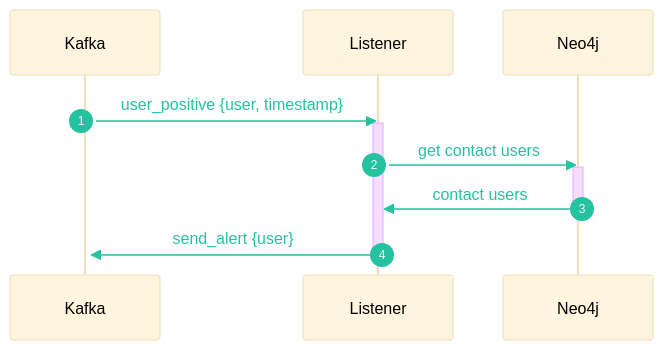
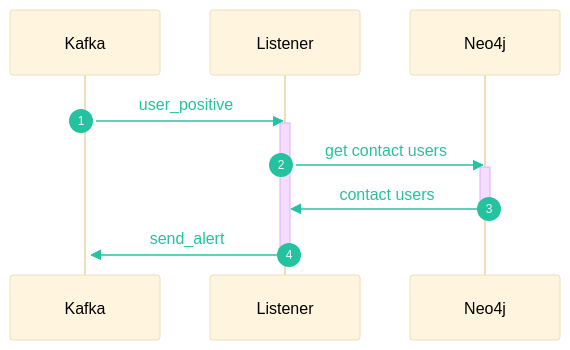
Before and after one commit to Covid-Alert-Microservices/specs: the third of 3 diagrams in docs/Microservices/geolocation.md, drawn with Mermaid. The commit also changed other lines of this file and 2 other files, not shown here.

````diff
--- a/docs/Microservices/geolocation.md
+++ b/docs/Microservices/geolocation.md
@@ -70,22 +70,22 @@
 ```mermaid
 %%{init: {
     'theme': 'base', 
     'themeVariables': {
         'actorTextColor': 'black',
         'primaryTextColor': '#25c2a0'
     }
   }
 }%%
 sequenceDiagram
     autonumber
     activate Kafka
-    Kafka ->> Listener: user_positive {user, timestamp}
+    Kafka ->> Listener: user_positive
     activate Listener
     Listener ->> Neo4j: get contact users
     activate Neo4j
     Neo4j ->> Listener: contact users
     deactivate Neo4j
-    Listener ->> Kafka : send_alert {user}
+    Listener ->> Kafka : send_alert
     deactivate Listener
     
 ```
````
